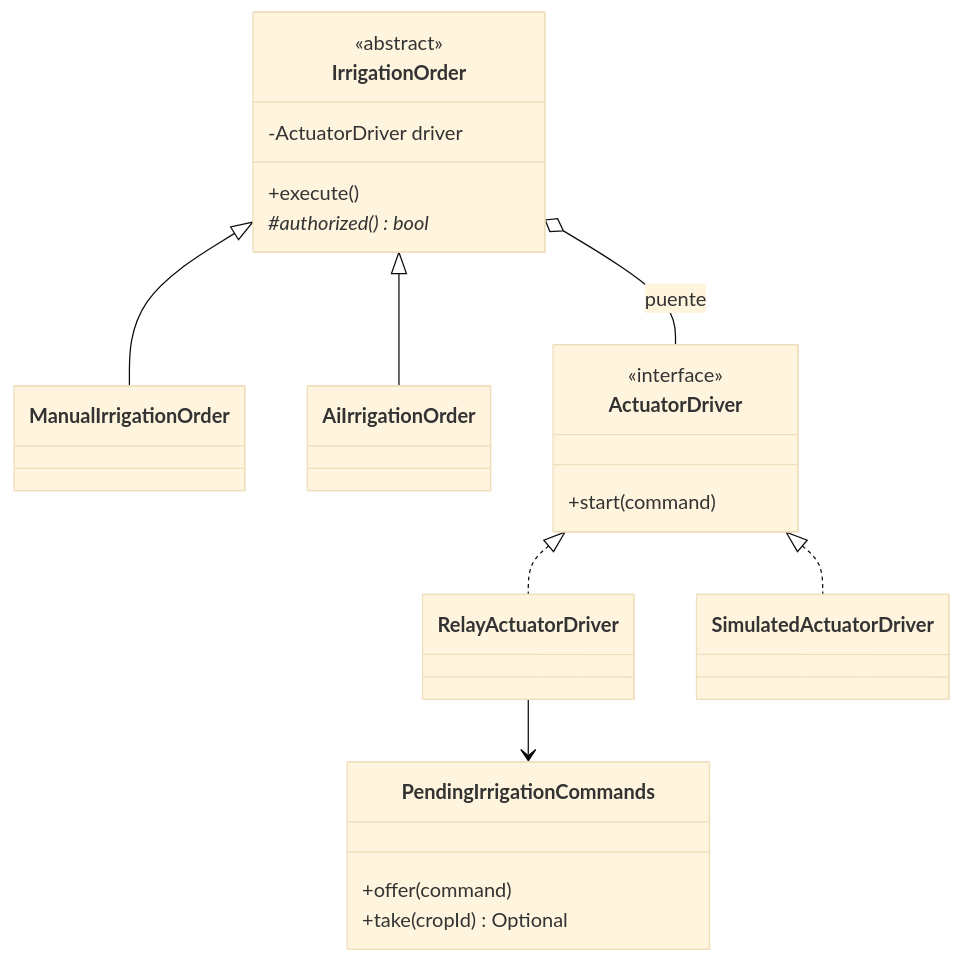
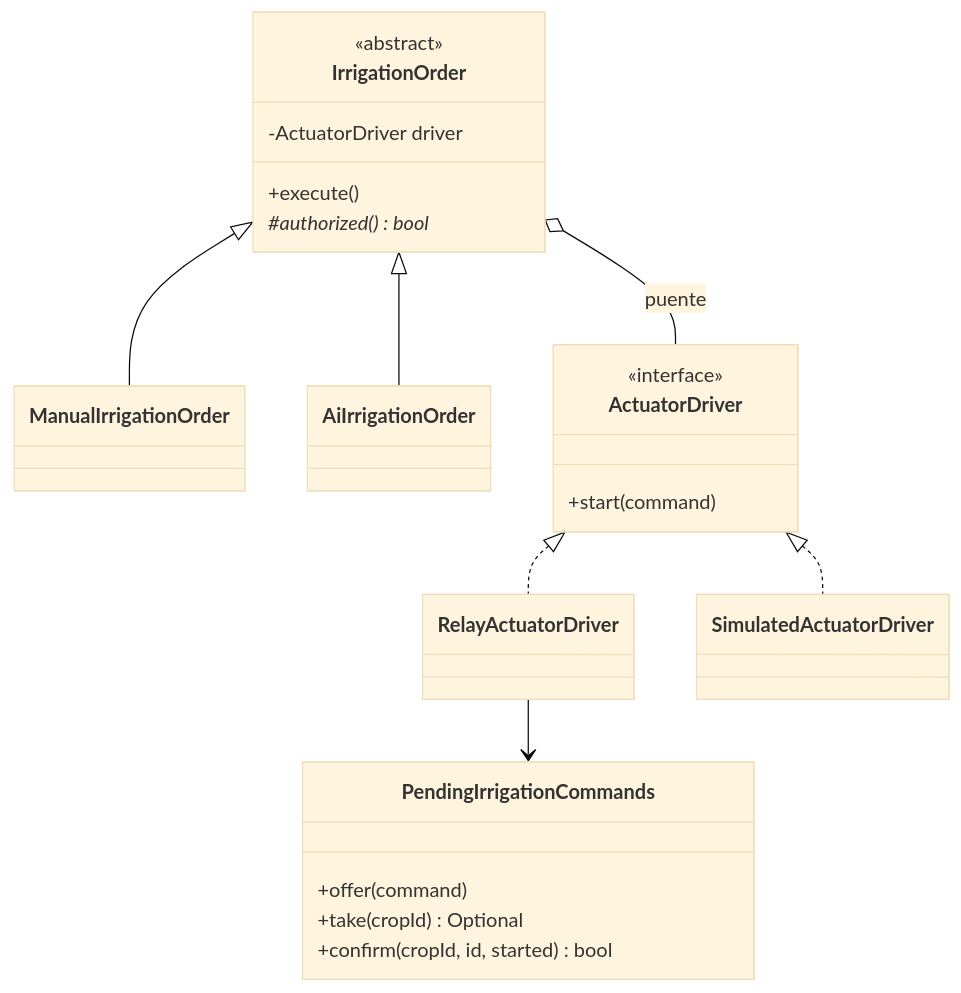
One commit to WilliamChavez-Grupo2b/BACKEND-AGROSENSE changed the seventh of 11 diagrams in docs/PATRONES.md. Above: the diagram before and after it, drawn with Mermaid (base theme). The commit also changed other lines of this file and 5 other files, not shown here.

First line of the commit message:
docs: add the main README, the demo plan and the final architecture, and bring the patterns up to date

````diff
--- a/docs/PATRONES.md
+++ b/docs/PATRONES.md
@@ -319,27 +329,28 @@
 ```mermaid
 classDiagram
     class IrrigationOrder {
         <<abstract>>
         -ActuatorDriver driver
         +execute() 
         #authorized()* bool
     }
     class ManualIrrigationOrder
     class AiIrrigationOrder
     class ActuatorDriver {
         <<interface>>
         +start(command)
     }
     class RelayActuatorDriver
     class SimulatedActuatorDriver
     class PendingIrrigationCommands {
         +offer(command)
         +take(cropId) Optional
+        +confirm(cropId, id, started) bool
     }
     IrrigationOrder <|-- ManualIrrigationOrder
     IrrigationOrder <|-- AiIrrigationOrder
     IrrigationOrder o-- ActuatorDriver : puente
     ActuatorDriver <|.. RelayActuatorDriver
     ActuatorDriver <|.. SimulatedActuatorDriver
     RelayActuatorDriver --> PendingIrrigationCommands
 ```
````
